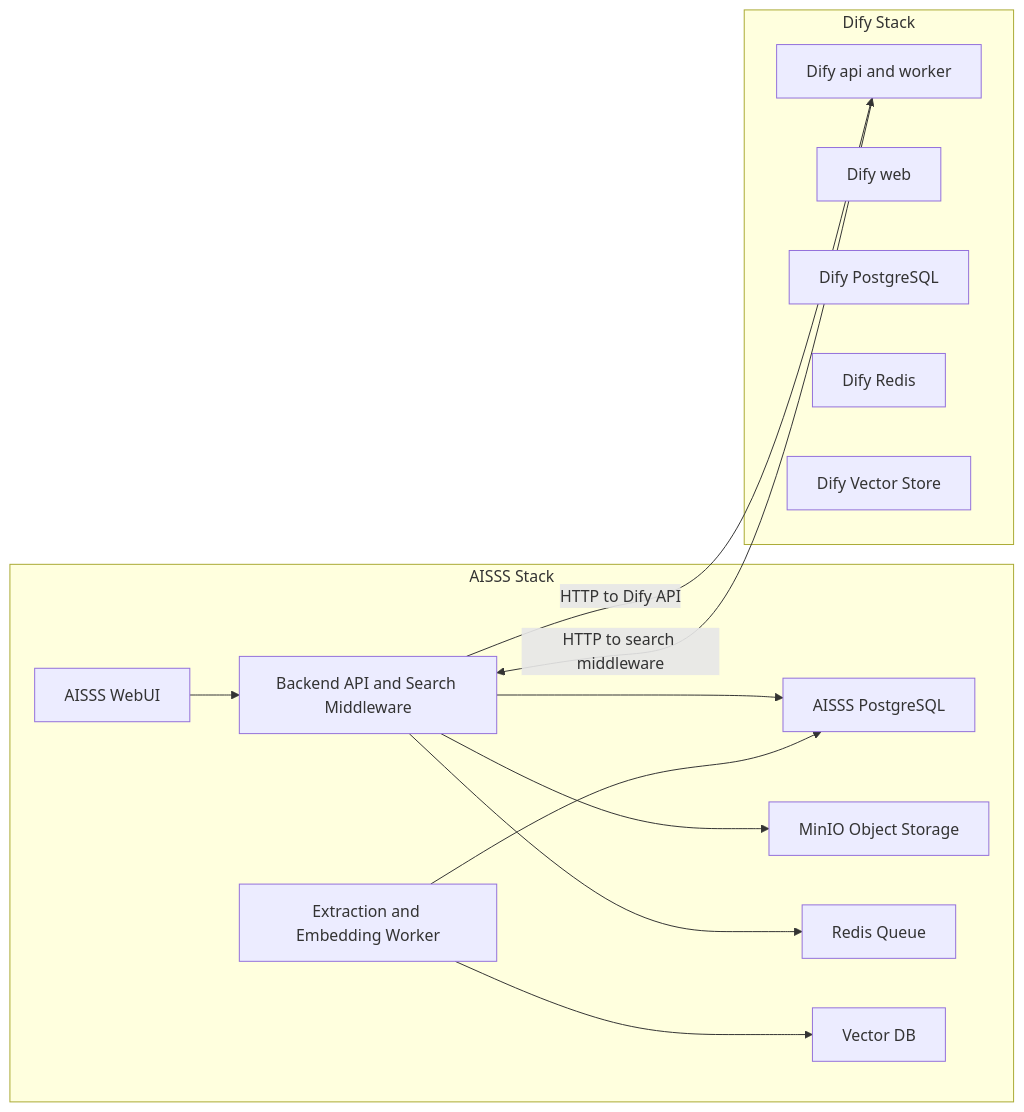
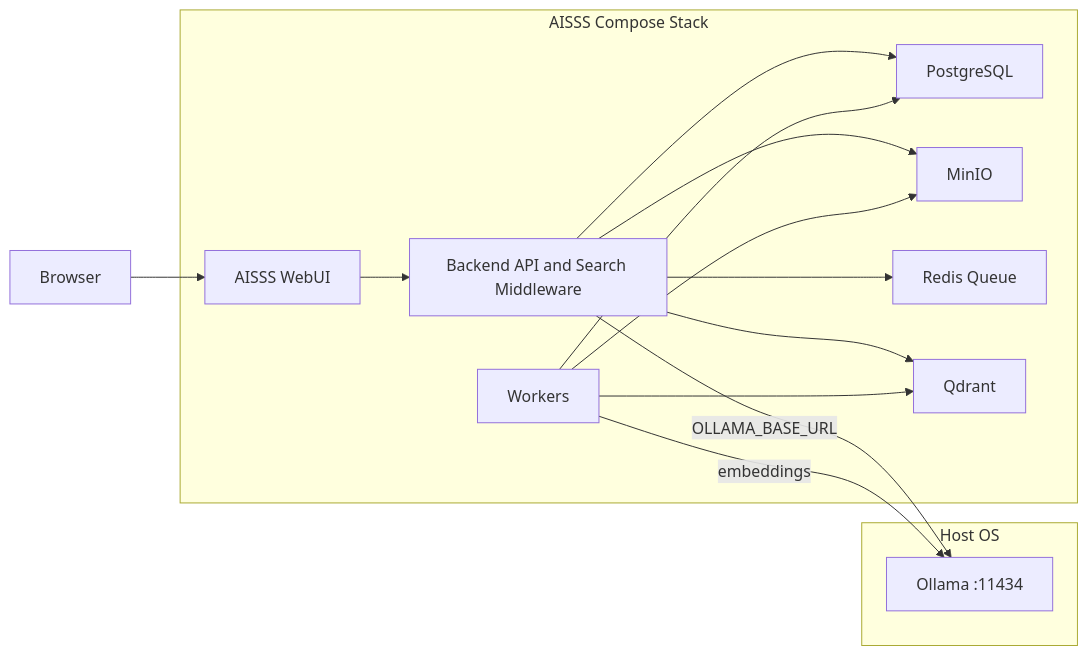
The diagram in docs/13-deployment-docker.md (matrix9neonebuchadnezzar2199-sketch/Aisss), drawn with Mermaid before and after one commit. The commit also changed other lines of this file and 28 other files, not shown here.

First line of the commit message:
docs(arch): remove Dify and adopt native Ollama AISSS design

````diff
--- a/docs/13-deployment-docker.md
+++ b/docs/13-deployment-docker.md
@@ -18,27 +11,26 @@
 ```mermaid
 flowchart LR
-  subgraph aisssStack [AISSS Stack]
+  subgraph host [Host OS]
+    ollama["Ollama :11434"]
+  end
+  subgraph aisssStack [AISSS Compose Stack]
     web["AISSS WebUI"]
     api["Backend API and Search Middleware"]
-    pg["AISSS PostgreSQL"]
-    minio["MinIO Object Storage"]
+    pg["PostgreSQL"]
+    minio["MinIO"]
     redis["Redis Queue"]
-    worker["Extraction and Embedding Worker"]
-    vector["Vector DB"]
+    worker["Workers"]
+    vector["Qdrant"]
   end
-  subgraph difyStack [Dify Stack]
-    difyApi["Dify api and worker"]
-    difyWeb["Dify web"]
-    difyDb["Dify PostgreSQL"]
-    difyRedis["Dify Redis"]
-    difyVector["Dify Vector Store"]
-  end
-  difyApi -->|"HTTP to search middleware"| api
-  api -->|"HTTP to Dify API"| difyApi
+  browser["Browser"] --> web
   web --> api
   api --> pg
   api --> minio
   api --> redis
+  api --> vector
+  api -->|"OLLAMA_BASE_URL"| ollama
   worker --> pg
+  worker --> minio
   worker --> vector
+  worker -->|"embeddings"| ollama
 ```
````
